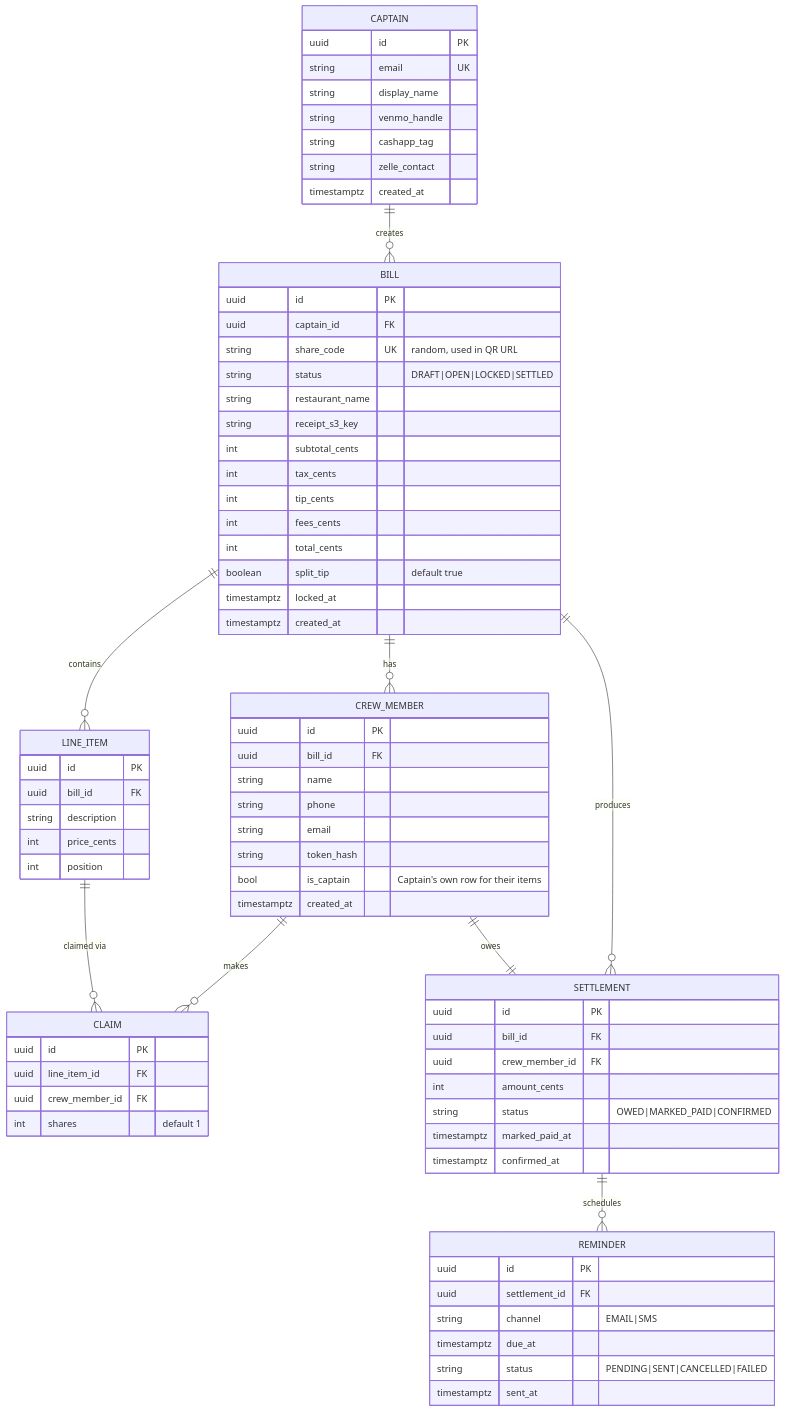
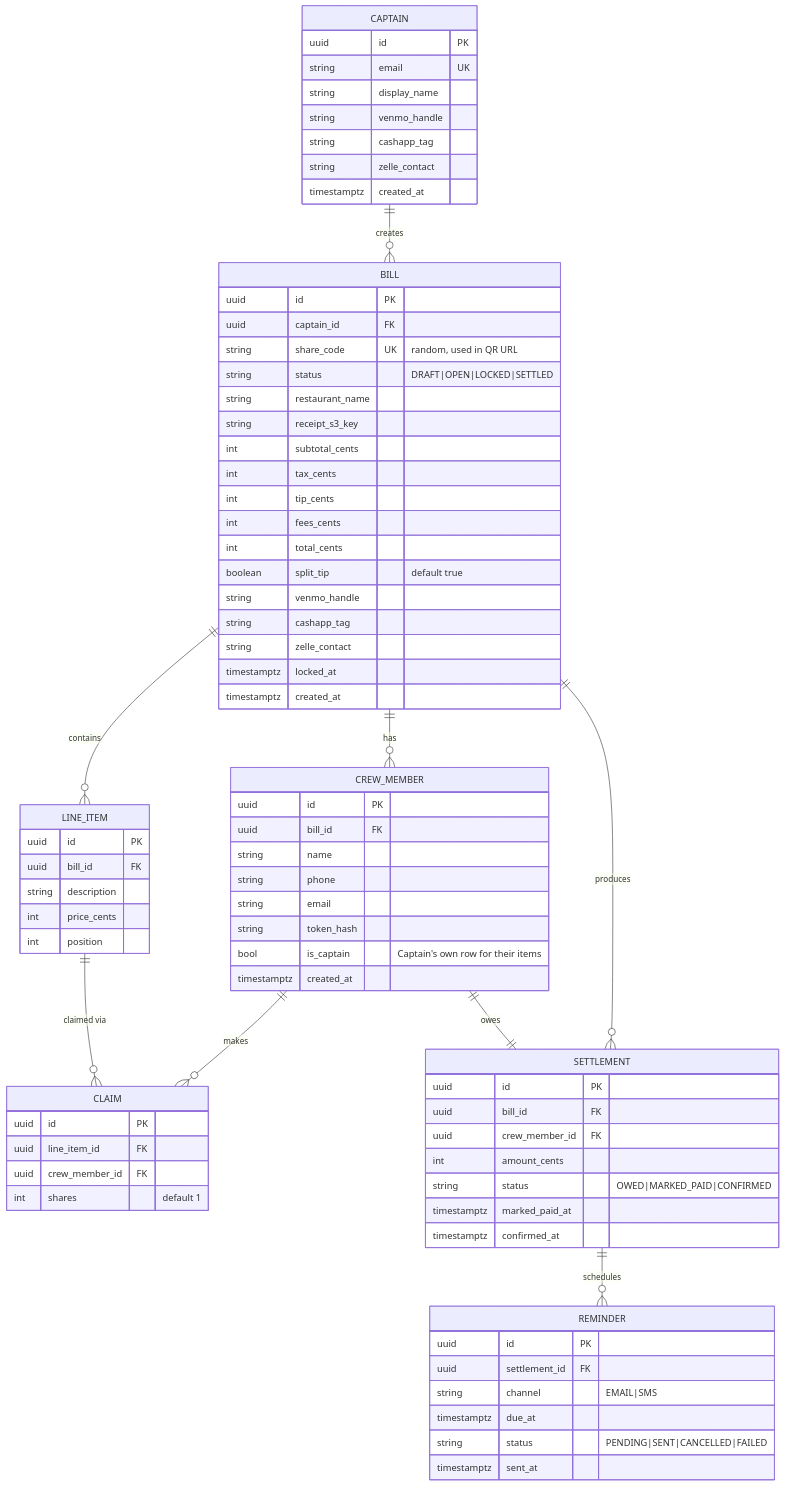
The fifth of 5 diagrams in docs/design.md (bhenry245/dibs), drawn with Mermaid before and after one commit. The commit also changed other lines of this file and 23 other files, not shown here.

Commit message:
Added Confirmation modal to dibs flow

````diff
--- a/docs/design.md
+++ b/docs/design.md
@@ -263,77 +265,80 @@
 ```mermaid
 erDiagram
     CAPTAIN ||--o{ BILL : creates
     BILL ||--o{ LINE_ITEM : contains
     BILL ||--o{ CREW_MEMBER : has
     LINE_ITEM ||--o{ CLAIM : "claimed via"
     CREW_MEMBER ||--o{ CLAIM : makes
     BILL ||--o{ SETTLEMENT : produces
     CREW_MEMBER ||--|| SETTLEMENT : owes
     SETTLEMENT ||--o{ REMINDER : schedules
 
     CAPTAIN {
         uuid id PK
         string email UK
         string display_name
         string venmo_handle
         string cashapp_tag
         string zelle_contact
         timestamptz created_at
     }
     BILL {
         uuid id PK
         uuid captain_id FK
         string share_code UK "random, used in QR URL"
         string status "DRAFT|OPEN|LOCKED|SETTLED"
         string restaurant_name
         string receipt_s3_key
         int subtotal_cents
         int tax_cents
         int tip_cents
         int fees_cents
         int total_cents
         boolean split_tip "default true"
+        string venmo_handle
+        string cashapp_tag
+        string zelle_contact
         timestamptz locked_at
         timestamptz created_at
     }
     LINE_ITEM {
         uuid id PK
         uuid bill_id FK
         string description
         int price_cents
         int position
     }
     CREW_MEMBER {
         uuid id PK
         uuid bill_id FK
         string name
         string phone
         string email
         string token_hash
         bool is_captain "Captain's own row for their items"
         timestamptz created_at
     }
     CLAIM {
         uuid id PK
         uuid line_item_id FK
         uuid crew_member_id FK
         int shares "default 1"
     }
     SETTLEMENT {
         uuid id PK
         uuid bill_id FK
         uuid crew_member_id FK
         int amount_cents
         string status "OWED|MARKED_PAID|CONFIRMED"
         timestamptz marked_paid_at
         timestamptz confirmed_at
     }
     REMINDER {
         uuid id PK
         uuid settlement_id FK
         string channel "EMAIL|SMS"
         timestamptz due_at
         string status "PENDING|SENT|CANCELLED|FAILED"
         timestamptz sent_at
     }
 ```
````
